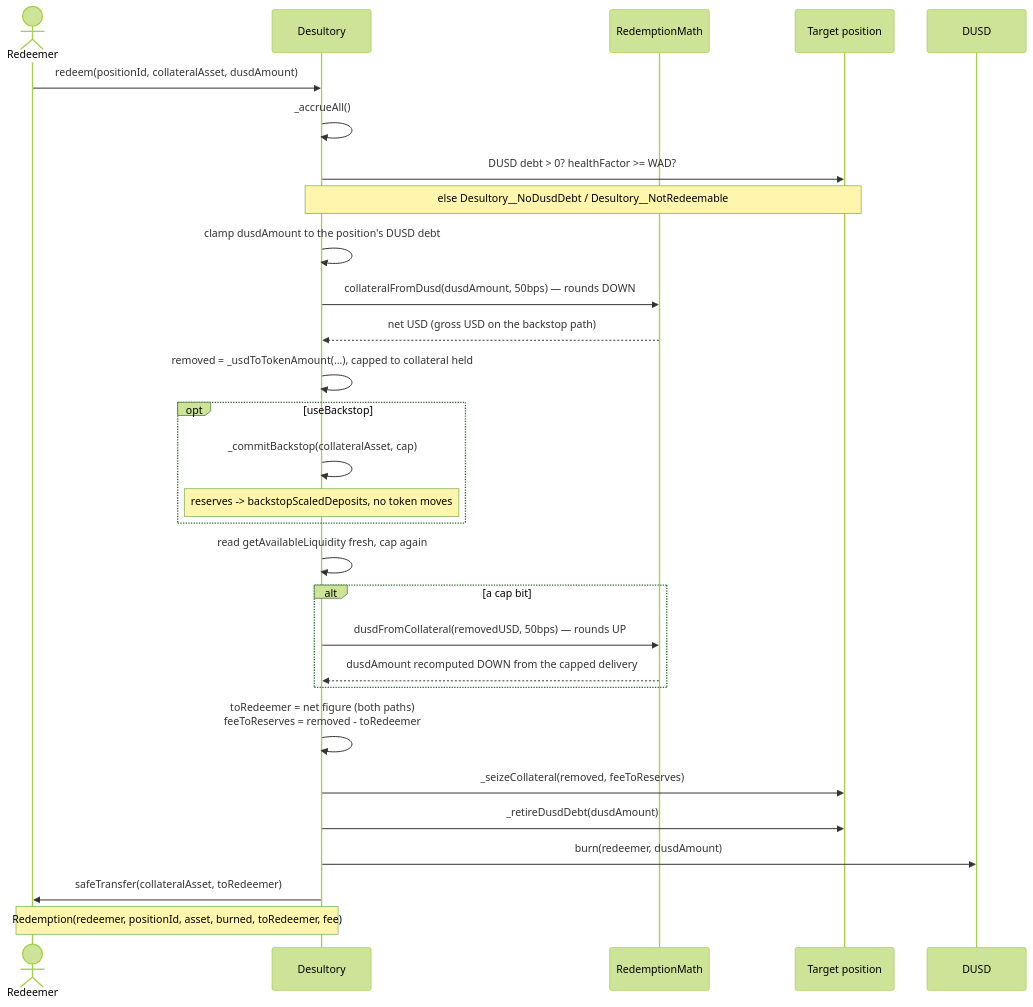
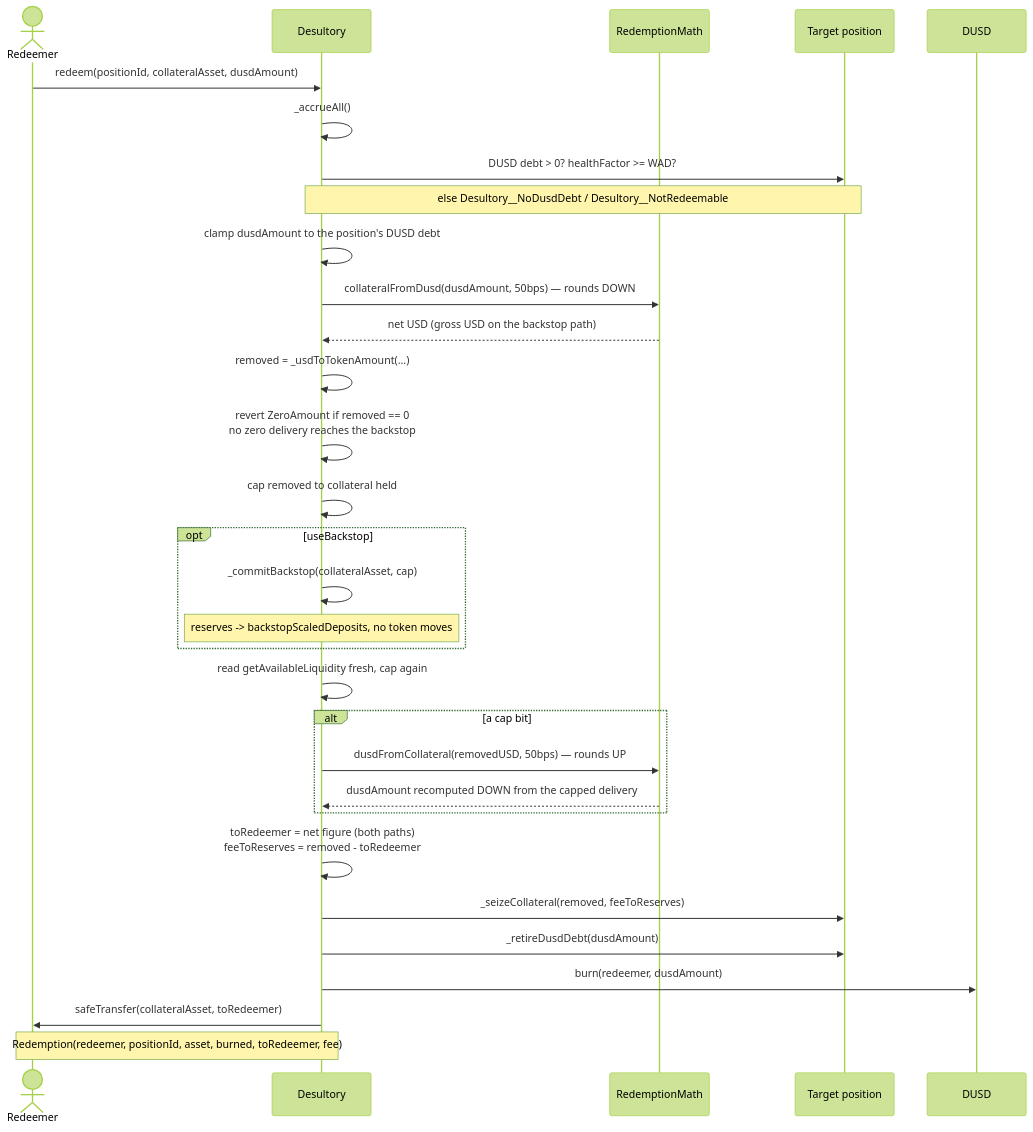
Before and after one commit to Soulrealz/Desultory_Lending: the diagram in docs/Protocol/DUSD.md, drawn with Mermaid (forest theme). The commit also changed other lines of this file and 6 other files, not shown here.

Commit message:
guard zero-delivery redemptions and correct the backstop cost claim

````diff
--- a/docs/Protocol/DUSD.md
+++ b/docs/Protocol/DUSD.md
@@ -117,32 +117,34 @@
 ```mermaid
 sequenceDiagram
     actor R as Redeemer
     participant D as Desultory
     participant M as RedemptionMath
     participant P as Target position
     participant T as DUSD
 
     R->>D: redeem(positionId, collateralAsset, dusdAmount)
     D->>D: _accrueAll()
     D->>P: DUSD debt > 0? healthFactor >= WAD?
     Note over D,P: else Desultory__NoDusdDebt / Desultory__NotRedeemable
     D->>D: clamp dusdAmount to the position's DUSD debt
     D->>M: collateralFromDusd(dusdAmount, 50bps) — rounds DOWN
     M-->>D: net USD (gross USD on the backstop path)
-    D->>D: removed = _usdToTokenAmount(...), capped to collateral held
+    D->>D: removed = _usdToTokenAmount(...)
+    D->>D: revert ZeroAmount if removed == 0<br/>no zero delivery reaches the backstop
+    D->>D: cap removed to collateral held
     opt useBackstop
         D->>D: _commitBackstop(collateralAsset, cap)
         Note over D: reserves -> backstopScaledDeposits, no token moves
     end
     D->>D: read getAvailableLiquidity fresh, cap again
     alt a cap bit
         D->>M: dusdFromCollateral(removedUSD, 50bps) — rounds UP
         M-->>D: dusdAmount recomputed DOWN from the capped delivery
     end
     D->>D: toRedeemer = net figure (both paths)<br/>feeToReserves = removed - toRedeemer
     D->>P: _seizeCollateral(removed, feeToReserves)
     D->>P: _retireDusdDebt(dusdAmount)
     D->>T: burn(redeemer, dusdAmount)
     D->>R: safeTransfer(collateralAsset, toRedeemer)
     Note over D,R: Redemption(redeemer, positionId, asset, burned, toRedeemer, fee)
 ```
````
